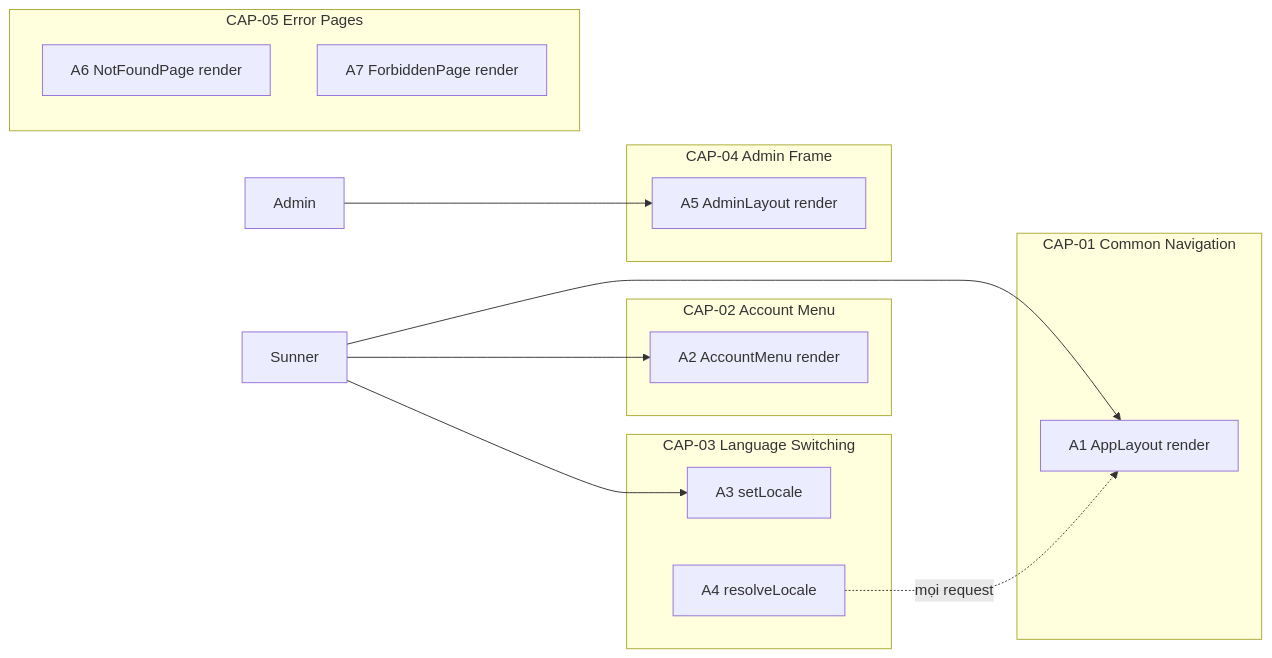
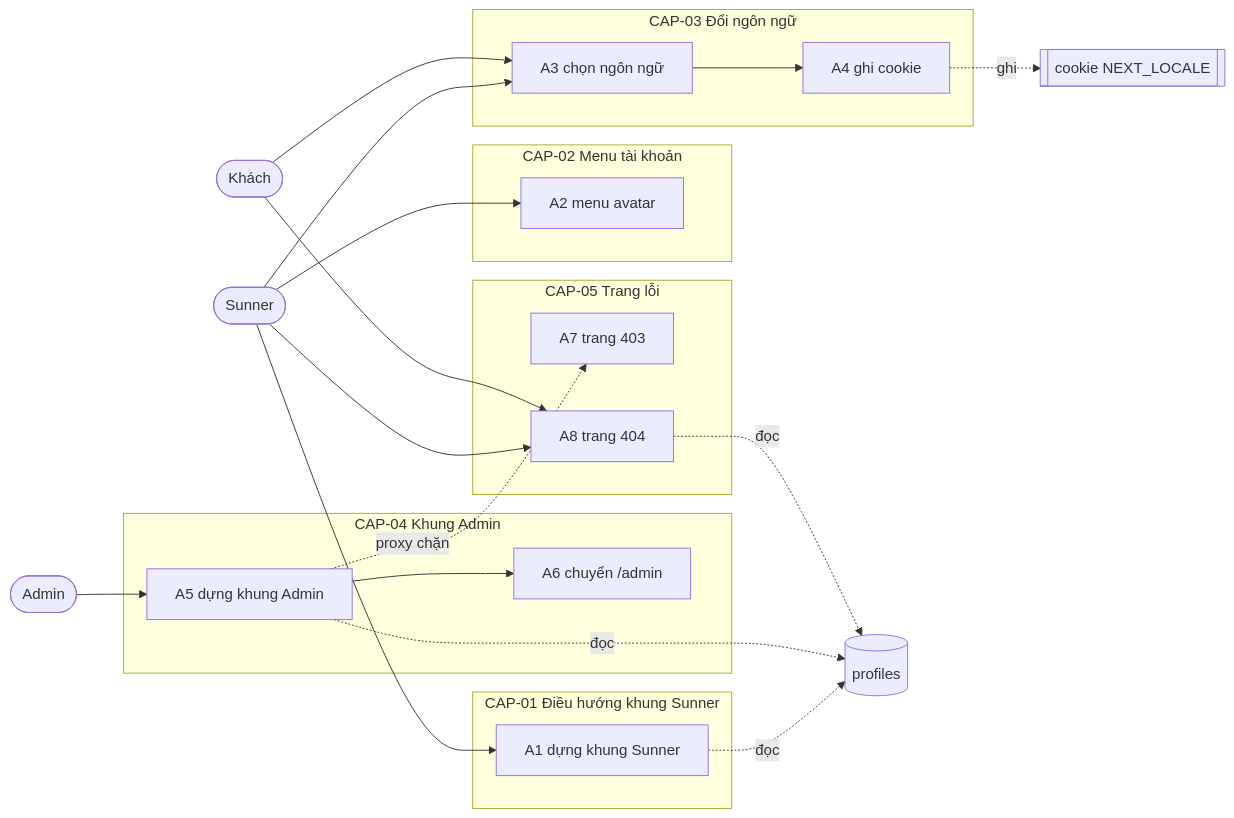
One commit to hailv-3571/agentic-coding-hands-on changed the first of 3 diagrams in docs/features/F002_AppShell/technical-spec.md. Above: the diagram before and after it, drawn with Mermaid. The commit also changed other lines of this file and 250 other files, not shown here.

````diff
--- a/docs/features/F002_AppShell/technical-spec.md
+++ b/docs/features/F002_AppShell/technical-spec.md
@@ -23,25 +22,36 @@
 ```mermaid
 flowchart LR
-    subgraph CAP01[CAP-01 Common Navigation]
-        A1[A1 AppLayout render]
+    SUN(["Sunner"])
+    ADM(["Admin"])
+    GST(["Khách"])
+    subgraph CAP01["CAP-01 Điều hướng khung Sunner"]
+        A1["A1 dựng khung Sunner"]
     end
-    subgraph CAP02[CAP-02 Account Menu]
-        A2[A2 AccountMenu render]
+    subgraph CAP02["CAP-02 Menu tài khoản"]
+        A2["A2 menu avatar"]
     end
-    subgraph CAP03[CAP-03 Language Switching]
-        A3[A3 setLocale]
-        A4[A4 resolveLocale]
+    subgraph CAP03["CAP-03 Đổi ngôn ngữ"]
+        A3["A3 chọn ngôn ngữ"]
+        A4["A4 ghi cookie"]
     end
-    subgraph CAP04[CAP-04 Admin Frame]
-        A5[A5 AdminLayout render]
+    subgraph CAP04["CAP-04 Khung Admin"]
+        A5["A5 dựng khung Admin"]
+        A6["A6 chuyển /admin"]
     end
-    subgraph CAP05[CAP-05 Error Pages]
-        A6[A6 NotFoundPage render]
-        A7[A7 ForbiddenPage render]
+    subgraph CAP05["CAP-05 Trang lỗi"]
+        A7["A7 trang 403"]
+        A8["A8 trang 404"]
     end
-    Sunner --> A1
-    Sunner --> A2
-    Sunner --> A3
-    Admin --> A5
-    A4 -. mọi request .-> A1
+    SUN --> A1
+    SUN --> A2
+    ADM --> A5 --> A6
+    SUN --> A3 --> A4
+    GST --> A3
+    A5 -. proxy chặn .-> A7
+    SUN --> A8
+    GST --> A8
+    A1 -. đọc .-> T1[("profiles")]
+    A5 -. đọc .-> T1
+    A8 -. đọc .-> T1
+    A4 -. ghi .-> CK[["cookie NEXT_LOCALE"]]
 ```
````
